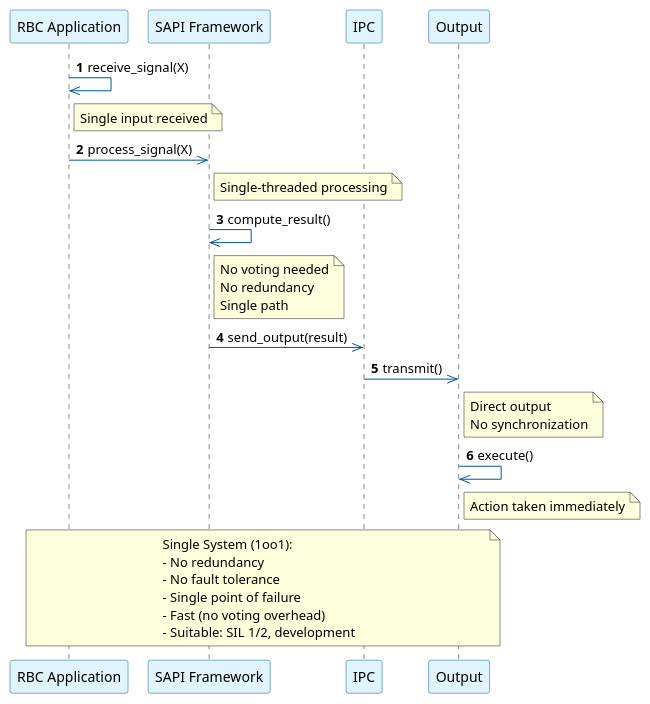
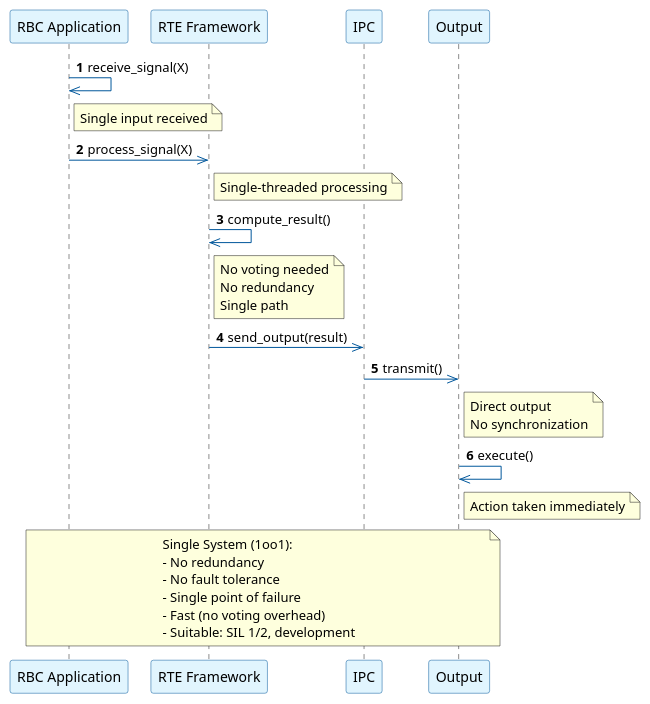
Before and after one commit to bula173/Platform_RTE: the diagram in docs/architecture/diagrams/sequence-1oo1-single.puml, drawn with PlantUML. The commit also changed 415 other files, not shown here.

First line of the commit message:
refactor: rename sapi_/SAPI_ prefix to rte_/RTE_

```diff
--- a/docs/architecture/diagrams/sequence-1oo1-single.puml
+++ b/docs/architecture/diagrams/sequence-1oo1-single.puml
@@ -1,42 +1,42 @@
 @startuml sequence-1oo1-single
 skinparam sequence {
     ArrowColor #01579B
     ActorBackgroundColor #E1F5FE
     ParticipantBackgroundColor #E1F5FE
     ParticipantBorderColor #01579B
 }
 
 participant "RBC Application" as app
-participant "SAPI Framework" as sapi
+participant "RTE Framework" as sapi
 participant "IPC" as ipc
 participant "Output" as output
 
 autonumber
 
 app ->> app: receive_signal(X)
 note right of app: Single input received
 
 app ->> sapi: process_signal(X)
 note right of sapi: Single-threaded processing
 
 sapi ->> sapi: compute_result()
 note right of sapi: No voting needed\nNo redundancy\nSingle path
 
 sapi ->> ipc: send_output(result)
 
 ipc ->> output: transmit()
 note right of output: Direct output\nNo synchronization
 
 output ->> output: execute()
 note right of output: Action taken immediately
 
 note over app, output
   Single System (1oo1):
   - No redundancy
   - No fault tolerance
   - Single point of failure
   - Fast (no voting overhead)
   - Suitable: SIL 1/2, development
 end note
 
 @enduml
```
